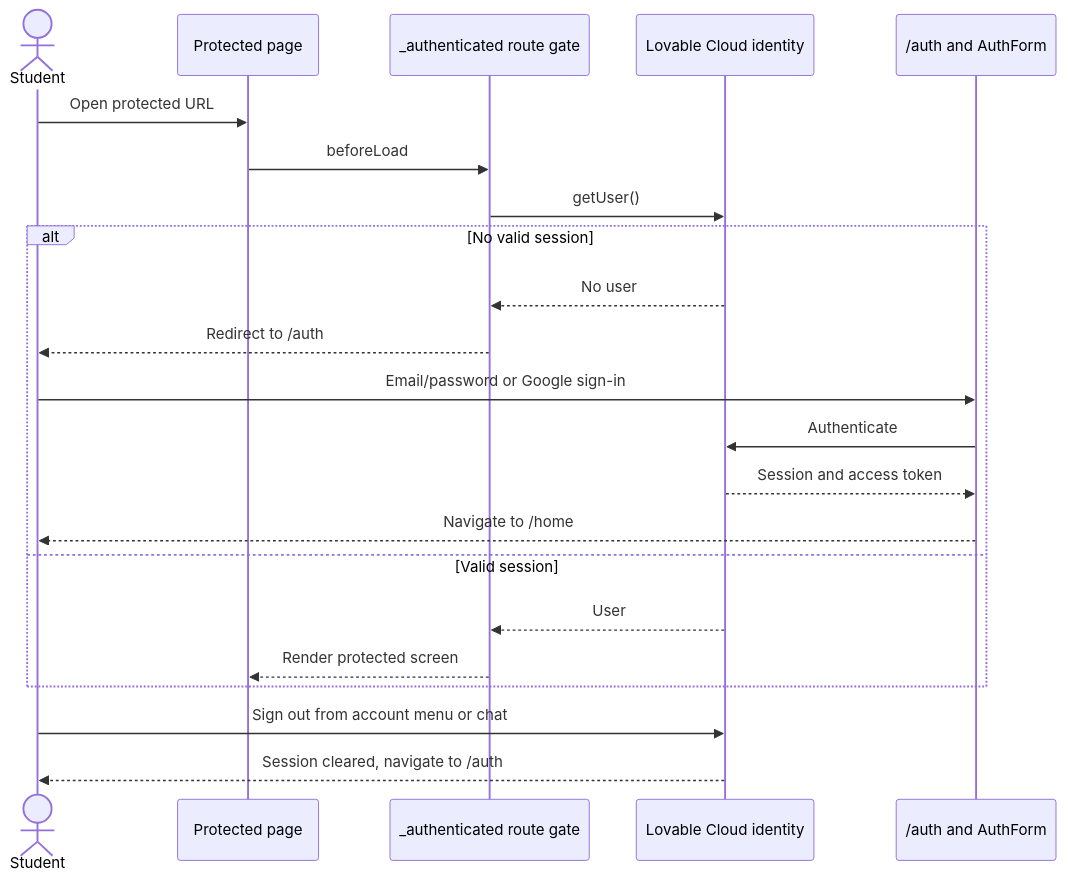
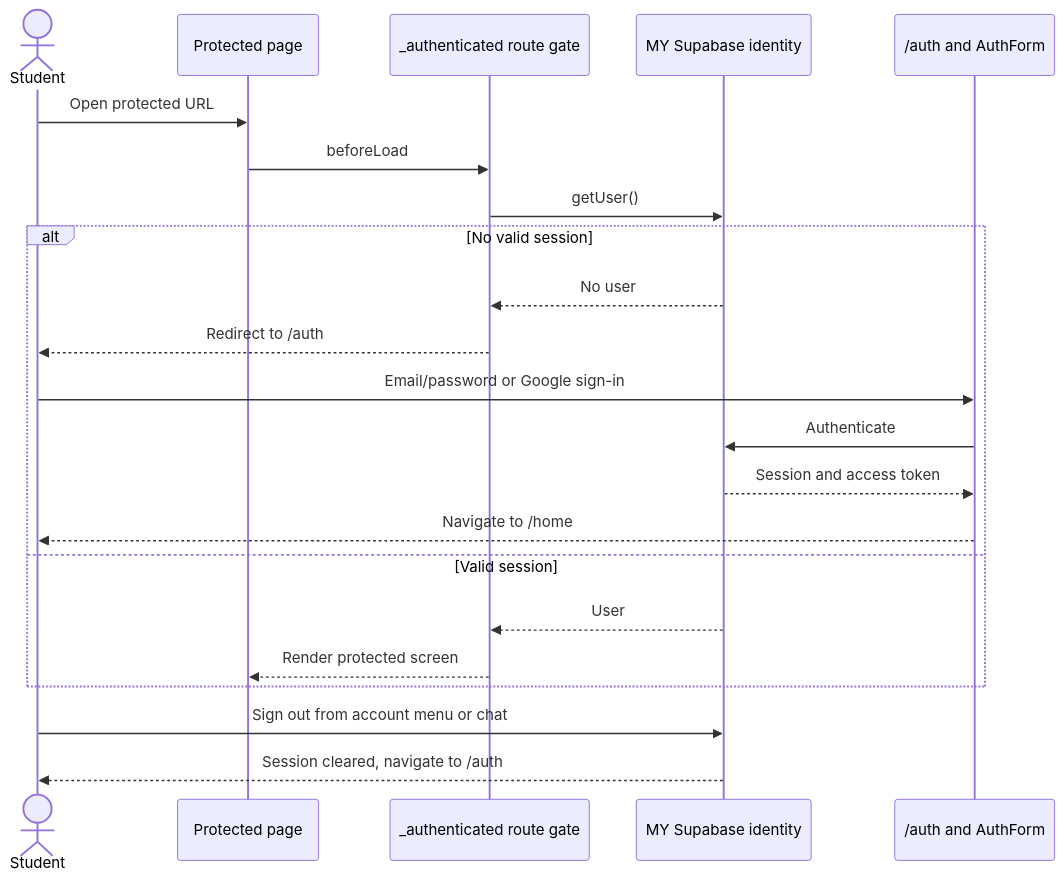
One commit to keyshavmor/study-swiss-star changed the fifth of 15 diagrams in lovabledocs/FULL_APP_WIREFRAMES.md. Above: the diagram before and after it, drawn with Mermaid. The commit also changed other lines of this file and 118 other files, not shown here.

Commit message:
full supabase isolation from lovable

````diff
--- a/lovabledocs/FULL_APP_WIREFRAMES.md
+++ b/lovabledocs/FULL_APP_WIREFRAMES.md
@@ -152,24 +153,24 @@
 ```mermaid
 sequenceDiagram
   actor Student
   participant Page as Protected page
   participant Gate as _authenticated route gate
-  participant Cloud as Lovable Cloud identity
+  participant Cloud as MY Supabase identity
   participant Auth as /auth and AuthForm
   Student->>Page: Open protected URL
   Page->>Gate: beforeLoad
   Gate->>Cloud: getUser()
   alt No valid session
     Cloud-->>Gate: No user
     Gate-->>Student: Redirect to /auth
     Student->>Auth: Email/password or Google sign-in
     Auth->>Cloud: Authenticate
     Cloud-->>Auth: Session and access token
     Auth-->>Student: Navigate to /home
   else Valid session
     Cloud-->>Gate: User
     Gate-->>Page: Render protected screen
   end
   Student->>Cloud: Sign out from account menu or chat
   Cloud-->>Student: Session cleared, navigate to /auth
 ```
````
